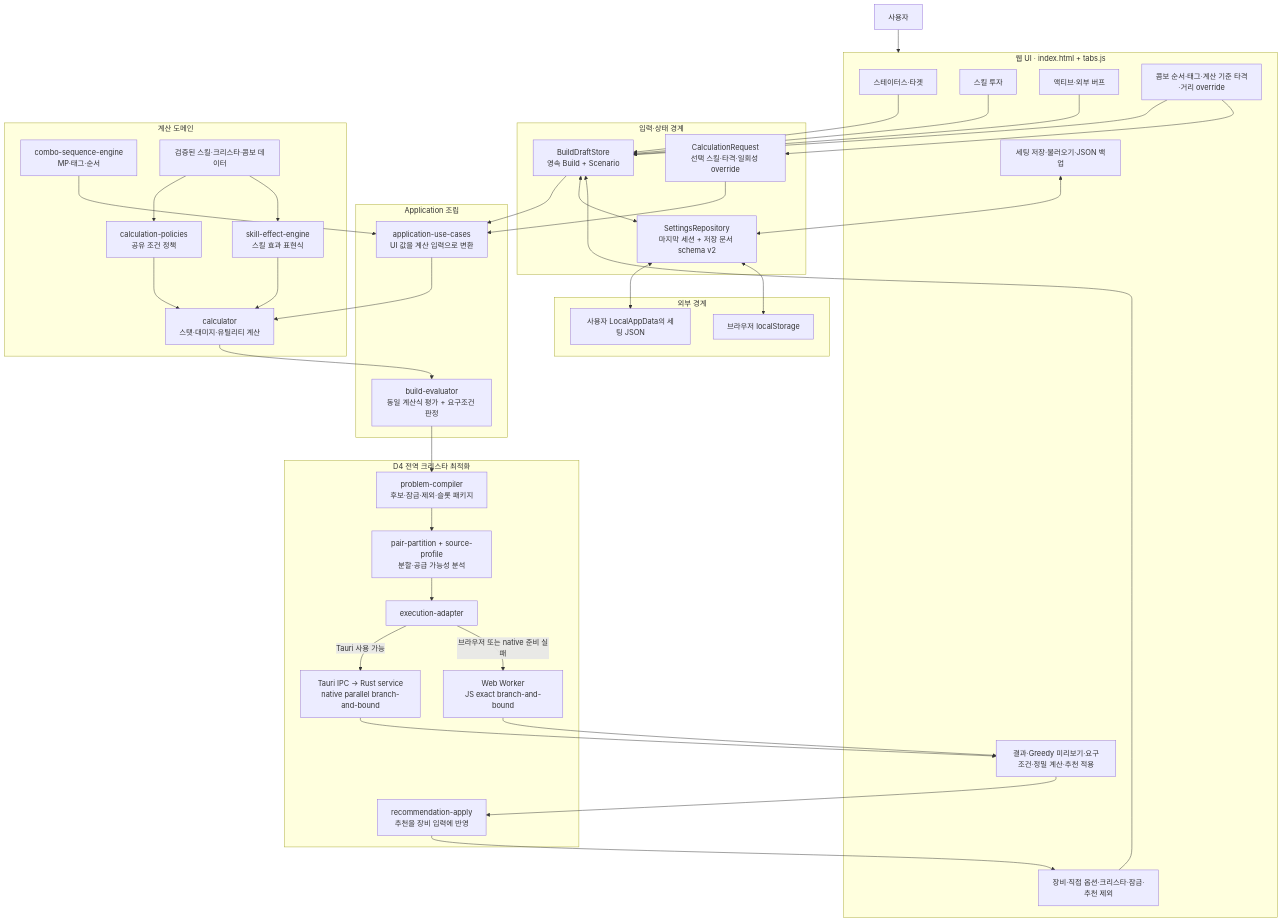
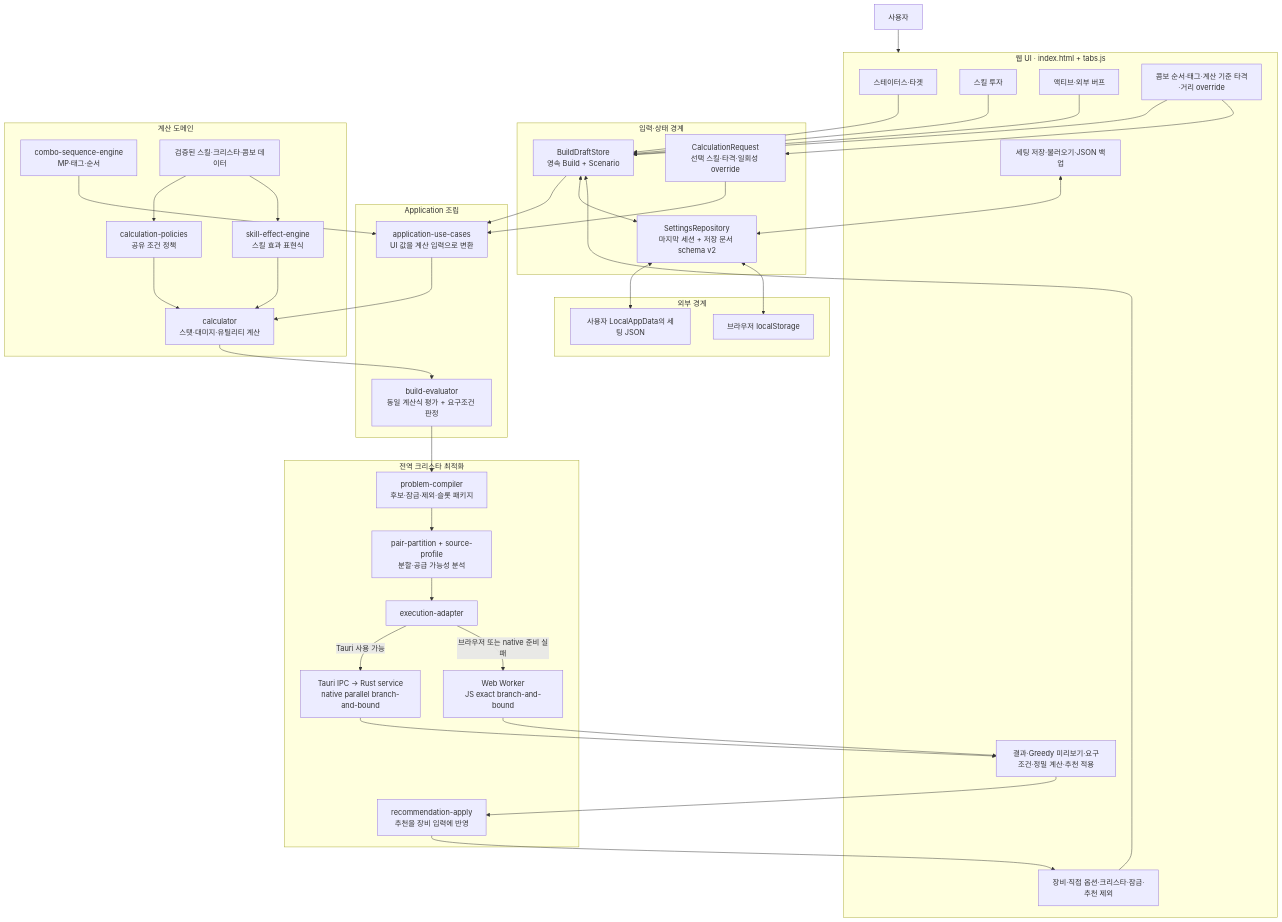
Before and after one commit to Horus04300/Toram_Auto_building: the first of 2 diagrams in docs/architecture/current-webapp-feature-map.md, drawn with Mermaid. The commit also changed other lines of this file and 518 other files, not shown here.

````diff
--- a/docs/architecture/current-webapp-feature-map.md
+++ b/docs/architecture/current-webapp-feature-map.md
@@ -22,77 +22,77 @@
 ```mermaid
 flowchart TB
     U[사용자]
 
     subgraph UI[웹 UI · index.html + tabs.js]
         ST[스테이터스·타겟]
         EQ[장비·직접 옵션·크리스타·잠금·추천 제외]
         SK[스킬 투자]
         BF[액티브·외부 버프]
         CO[콤보 순서·태그·계산 기준 타격·거리 override]
         RS[결과·Greedy 미리보기·요구조건·정밀 계산·추천 적용]
         SF[세팅 저장·불러오기·JSON 백업]
     end
 
     subgraph STATE[입력·상태 경계]
         DS[BuildDraftStore\n영속 Build + Scenario]
         RQ[CalculationRequest\n선택 스킬·타격·일회성 override]
         LS[SettingsRepository\n마지막 세션 + 저장 문서 schema v2]
     end
 
     subgraph APP[Application 조립]
         UC[application-use-cases\nUI 값을 계산 입력으로 변환]
         BE[build-evaluator\n동일 계산식 평가 + 요구조건 판정]
     end
 
     subgraph DOMAIN[계산 도메인]
         CP[calculation-policies\n공유 조건 정책]
         SE[skill-effect-engine\n스킬 효과 표현식]
         CE[combo-sequence-engine\nMP·태그·순서]
         CK[calculator\n스탯·대미지·유틸리티 계산]
         SD[검증된 스킬·크리스타·콤보 데이터]
     end
 
-    subgraph D4[D4 전역 크리스타 최적화]
+    subgraph Optimization[전역 크리스타 최적화]
         PC[problem-compiler\n후보·잠금·제외·슬롯 패키지]
         PF[pair-partition + source-profile\n분할·공급 가능성 분석]
         EX[execution-adapter]
         WK[Web Worker\nJS exact branch-and-bound]
         NT[Tauri IPC → Rust service\nnative parallel branch-and-bound]
         AP[recommendation-apply\n추천을 장비 입력에 반영]
     end
 
     subgraph PERSIST[외부 경계]
         FS[사용자 LocalAppData의 세팅 JSON]
         BR[브라우저 localStorage]
     end
 
     U --> UI
     ST --> DS
     EQ --> DS
     SK --> DS
     BF --> DS
     CO --> DS
     CO --> RQ
     DS --> UC
     RQ --> UC
     UC --> CK
     CP --> CK
     SE --> CK
     CE --> UC
     SD --> CP
     SD --> SE
     CK --> BE
     BE --> PC
     PC --> PF
     PF --> EX
     EX -->|Tauri 사용 가능| NT
     EX -->|브라우저 또는 native 준비 실패| WK
     WK --> RS
     NT --> RS
     RS --> AP
     AP --> EQ
     DS <--> LS
     LS <--> FS
     LS <--> BR
     SF <--> LS
 ```
````
